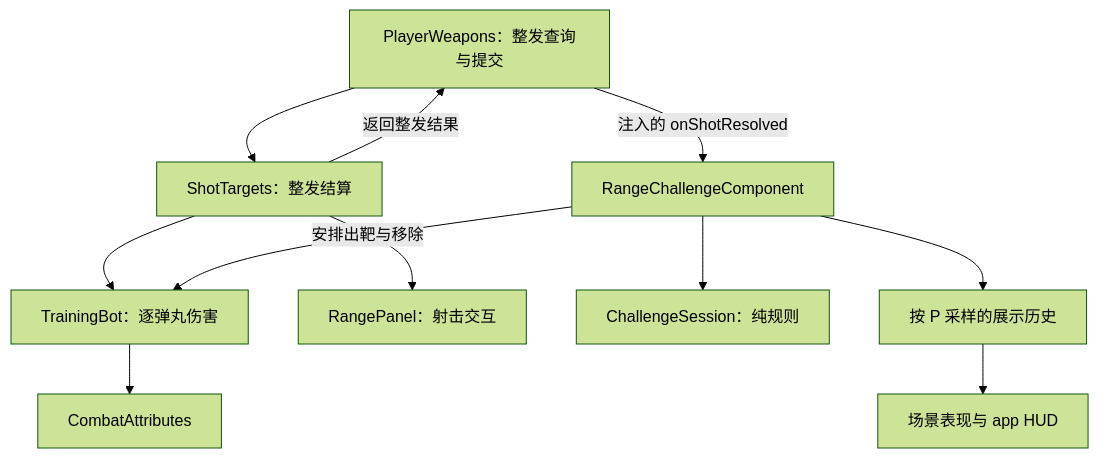
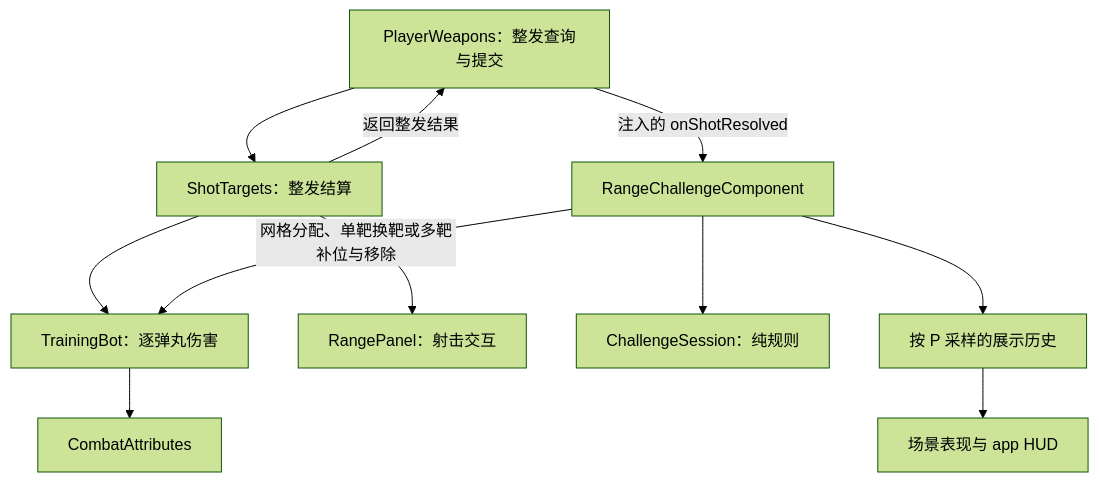
The diagram in docs/superpowers/specs/2026-11-16-range-challenges-design.md (hexianWeb/Mine_VALORANT), drawn with Mermaid (forest theme) before and after one commit. The commit also changed other lines of this file and 31 other files, not shown here.

````diff
--- a/docs/superpowers/specs/2026-11-16-range-challenges-design.md
+++ b/docs/superpowers/specs/2026-11-16-range-challenges-design.md
@@ -358,13 +560,13 @@
 ```mermaid
 flowchart TD
     W[PlayerWeapons：整发查询与提交] --> T[ShotTargets：整发结算]
     T --> B[TrainingBot：逐弹丸伤害]
     T --> P[RangePanel：射击交互]
     B --> A[CombatAttributes]
     T -->|返回整发结果| W
     W -->|注入的 onShotResolved| C[RangeChallengeComponent]
     C --> S[ChallengeSession：纯规则]
-    C -->|安排出靶与移除| B
+    C -->|网格分配、单靶换靶或多靶补位与移除| B
     C --> V[按 P 采样的展示历史]
     V --> H[场景表现与 app HUD]
 ```
````
